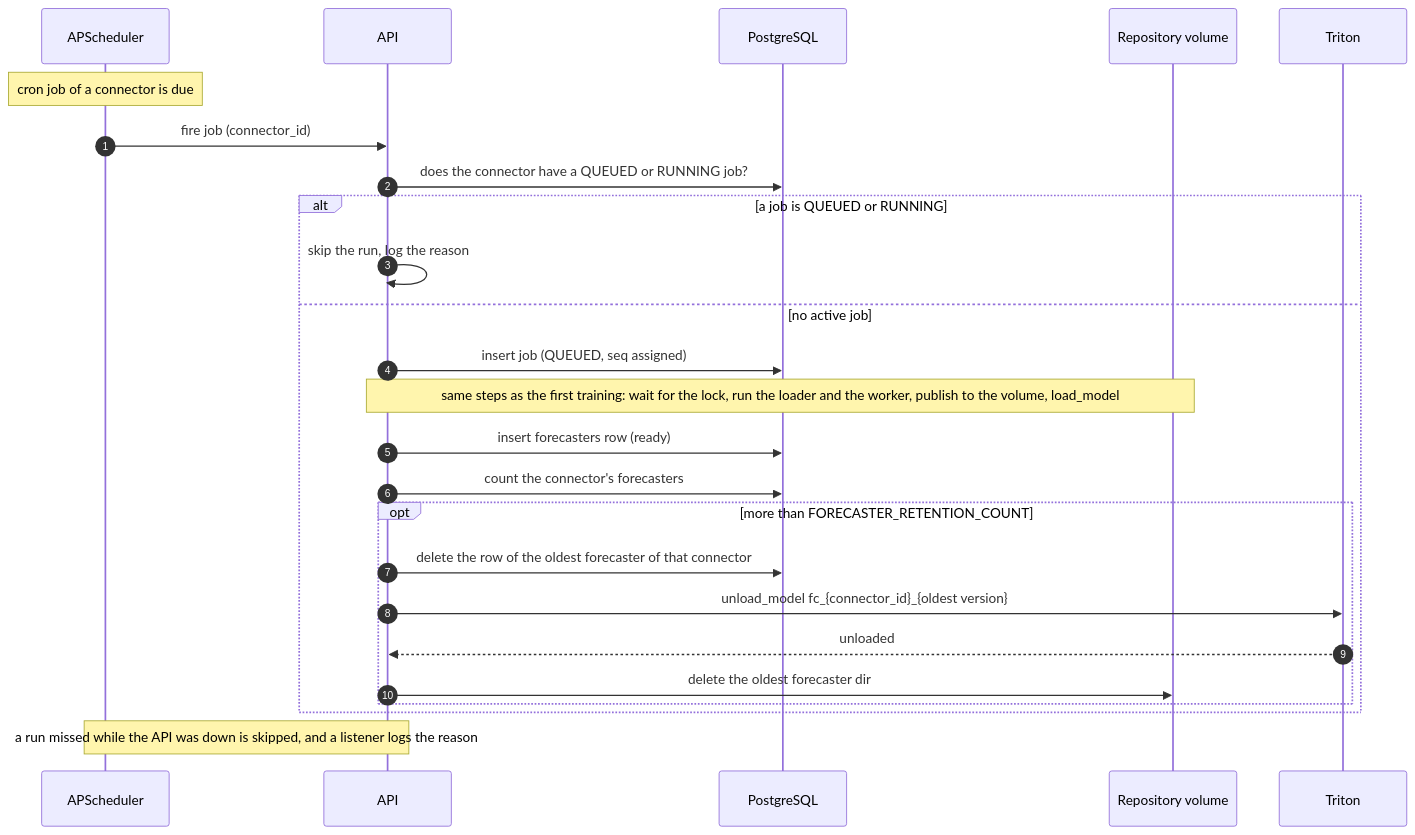
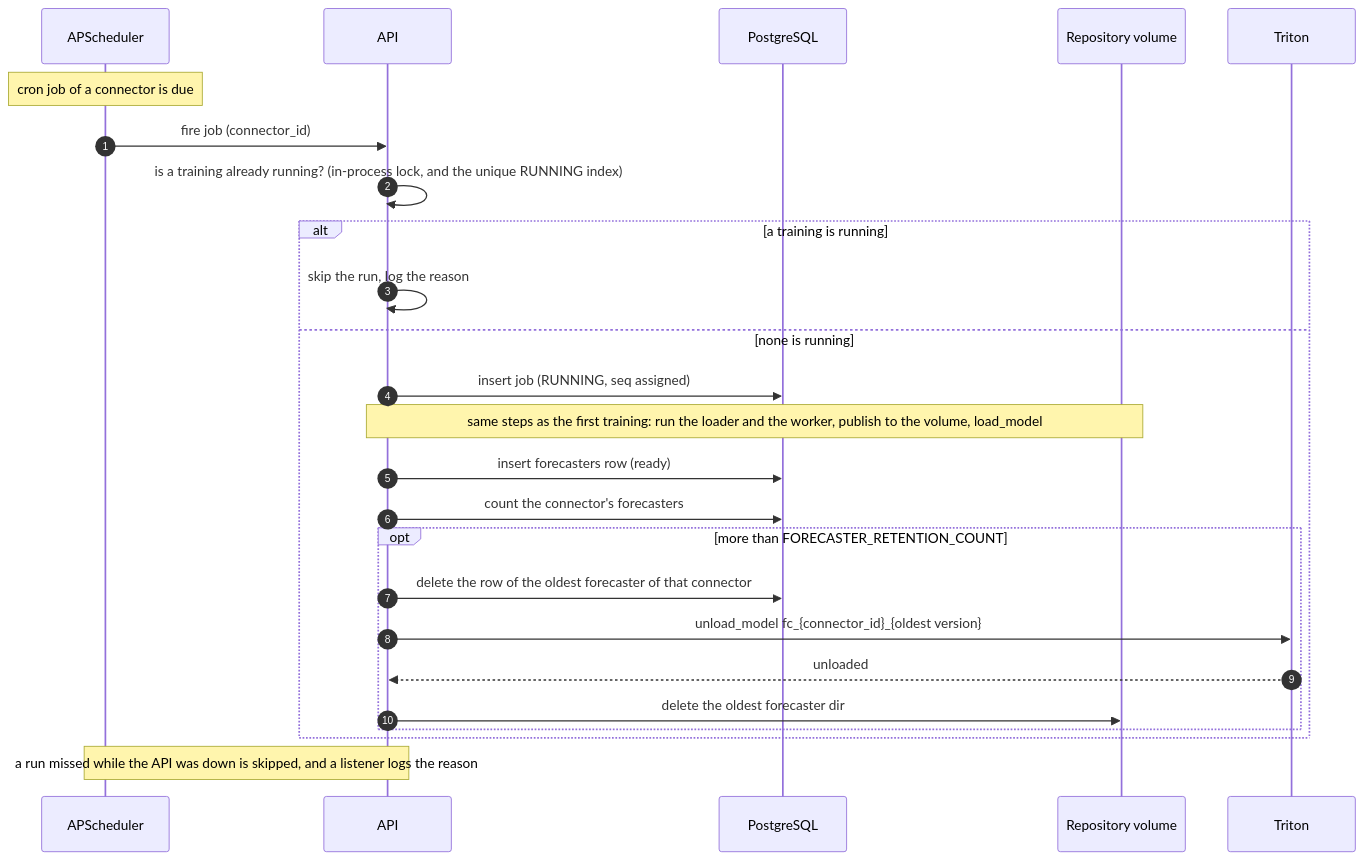
The fourth of 4 diagrams in docs/proposals/forecast_service_proposal.md (IBM/project-ai-services), drawn with Mermaid before and after one commit. The commit also changed other lines of this file and 7 other files, not shown here.

````diff
--- a/docs/proposals/forecast_service_proposal.md
+++ b/docs/proposals/forecast_service_proposal.md
@@ -809,31 +807,31 @@
 ```mermaid
 sequenceDiagram
     autonumber
     participant P as APScheduler
     participant A as API
     participant DB as PostgreSQL
     participant V as Repository volume
     participant T as Triton
 
     Note over P: cron job of a connector is due
     P->>A: fire job (connector_id)
-    A->>DB: does the connector have a QUEUED or RUNNING job?
+    A->>A: is a training already running? (in-process lock, and the unique RUNNING index)
 
-    alt a job is QUEUED or RUNNING
+    alt a training is running
         A->>A: skip the run, log the reason
-    else no active job
-        A->>DB: insert job (QUEUED, seq assigned)
-        Note over A,V: same steps as the first training: wait for the lock, run the loader and the worker, publish to the volume, load_model
+    else none is running
+        A->>DB: insert job (RUNNING, seq assigned)
+        Note over A,V: same steps as the first training: run the loader and the worker, publish to the volume, load_model
         A->>DB: insert forecasters row (ready)
 
         A->>DB: count the connector's forecasters
         opt more than FORECASTER_RETENTION_COUNT
             A->>DB: delete the row of the oldest forecaster of that connector
             A->>T: unload_model fc_{connector_id}_{oldest version}
             T-->>A: unloaded
             A->>V: delete the oldest forecaster dir
         end
     end
 
     Note over P,A: a run missed while the API was down is skipped, and a listener logs the reason
 ```
````
